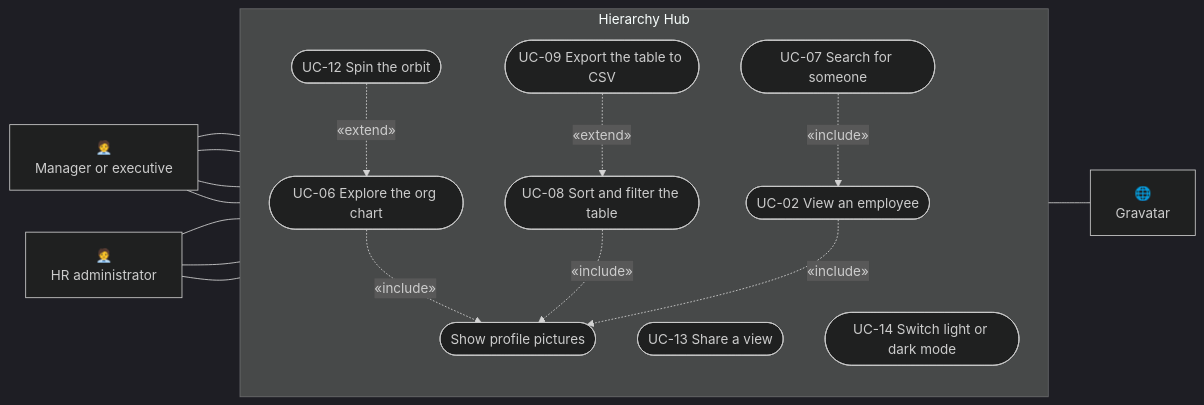
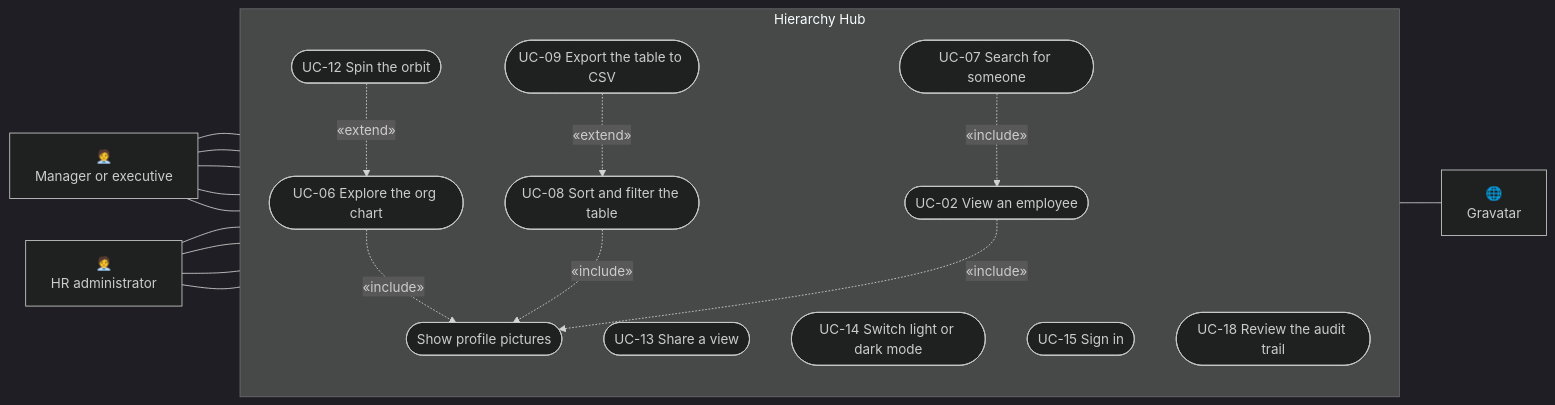
Before and after one commit to Ayush-B99/hierarchyHub: the third of 4 diagrams in docs/srs/SRS.md, drawn with Mermaid (dark theme). The commit also changed other lines of this file and 12 other files, not shown here.

````diff
--- a/docs/srs/SRS.md
+++ b/docs/srs/SRS.md
@@ -133,36 +137,40 @@
 ```mermaid
 flowchart LR
     mgr["🧑‍💼<br/>Manager or executive"]
     hr["🧑‍💼<br/>HR administrator"]
 
     subgraph sys["Hierarchy Hub"]
         direction TB
         uc2(["UC-02 View an employee"])
         uc6(["UC-06 Explore the org chart"])
         uc12(["UC-12 Spin the orbit"])
         uc7(["UC-07 Search for someone"])
         uc8(["UC-08 Sort and filter the table"])
         uc9(["UC-09 Export the table to CSV"])
         uc13(["UC-13 Share a view"])
         uc14(["UC-14 Switch light or dark mode"])
+        uc15(["UC-15 Sign in"])
+        uc18(["UC-18 Review the audit trail"])
         pic(["Show profile pictures"])
     end
 
     grav["🌐<br/>Gravatar"]
 
     mgr --- uc6
     mgr --- uc7
     mgr --- uc2
     mgr --- uc14
+    mgr --- uc15
+    hr --- uc18
     hr --- uc8
     hr --- uc9
     hr --- uc13
 
     uc12 -.->|"«extend»"| uc6
     uc7 -.->|"«include»"| uc2
     uc9 -.->|"«extend»"| uc8
     uc6 -.->|"«include»"| pic
     uc8 -.->|"«include»"| pic
     uc2 -.->|"«include»"| pic
     pic --- grav
 ```
````
